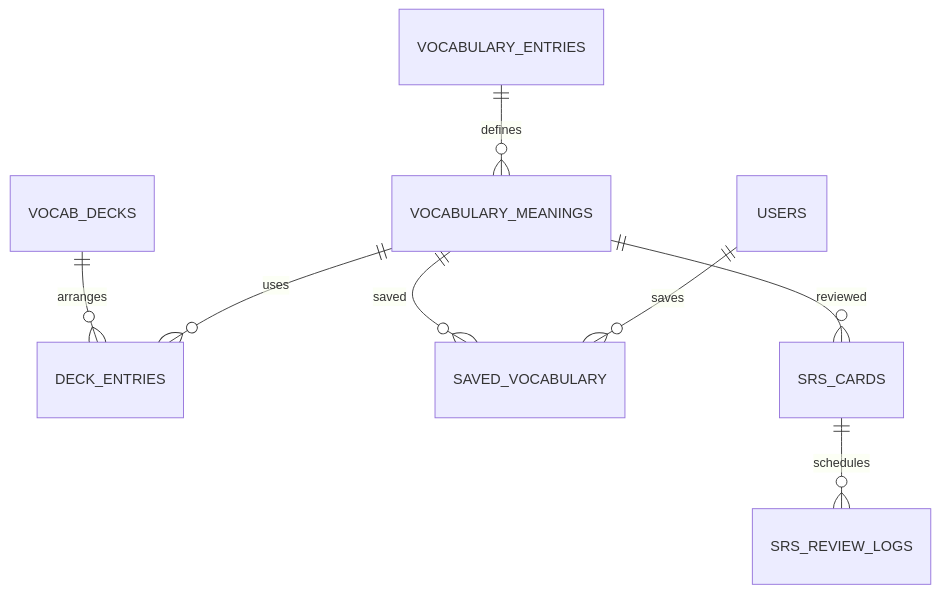
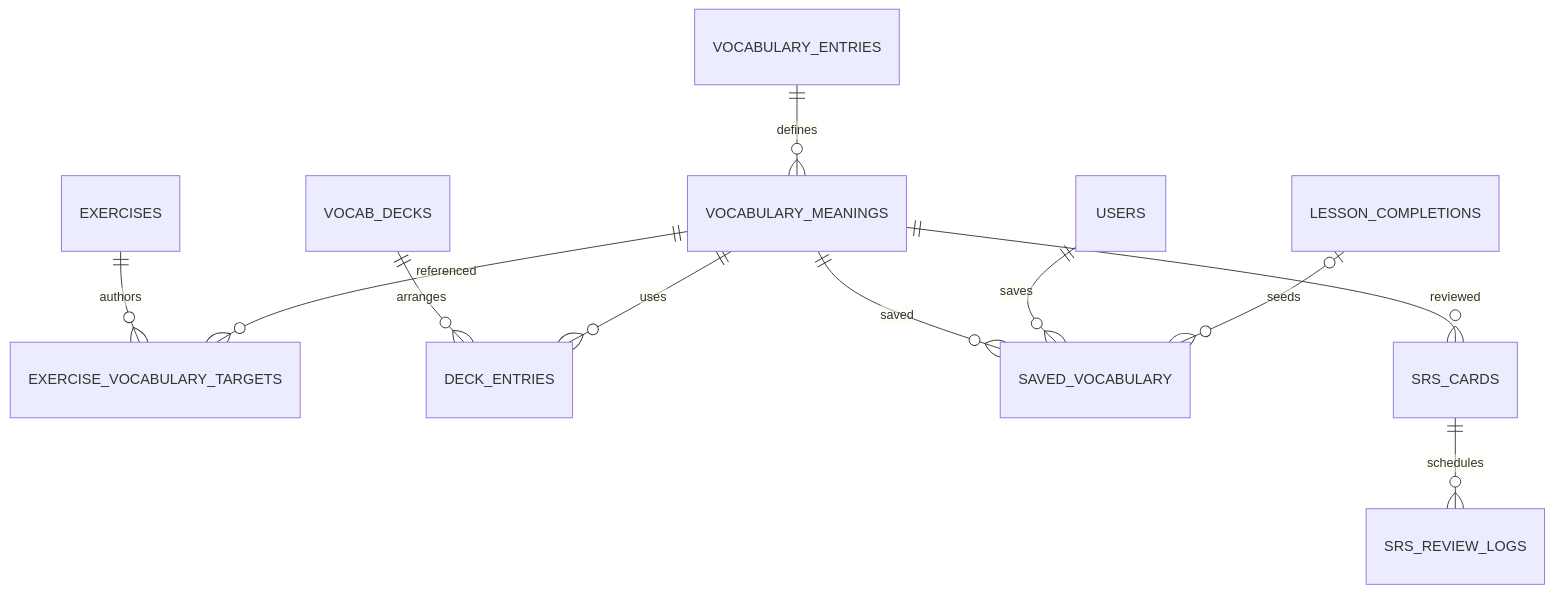
One commit to HIspcvn/English-Learning-Platform changed the third of 4 diagrams in docs/architecture/04-database-design.md. Above: the diagram before and after it, drawn with Mermaid. The commit also changed other lines of this file and 29 other files, not shown here.

Commit message:
docs: finalize feature parity and architecture contracts

````diff
--- a/docs/architecture/04-database-design.md
+++ b/docs/architecture/04-database-design.md
@@ -139,10 +144,13 @@
 ```mermaid
 erDiagram
   VOCABULARY_ENTRIES ||--o{ VOCABULARY_MEANINGS : defines
+  EXERCISES ||--o{ EXERCISE_VOCABULARY_TARGETS : authors
+  VOCABULARY_MEANINGS ||--o{ EXERCISE_VOCABULARY_TARGETS : referenced
   VOCAB_DECKS ||--o{ DECK_ENTRIES : arranges
   VOCABULARY_MEANINGS ||--o{ DECK_ENTRIES : uses
   VOCABULARY_MEANINGS ||--o{ SAVED_VOCABULARY : saved
   USERS ||--o{ SAVED_VOCABULARY : saves
+  LESSON_COMPLETIONS o|--o{ SAVED_VOCABULARY : seeds
   VOCABULARY_MEANINGS ||--o{ SRS_CARDS : reviewed
   SRS_CARDS ||--o{ SRS_REVIEW_LOGS : schedules
 ```
````
